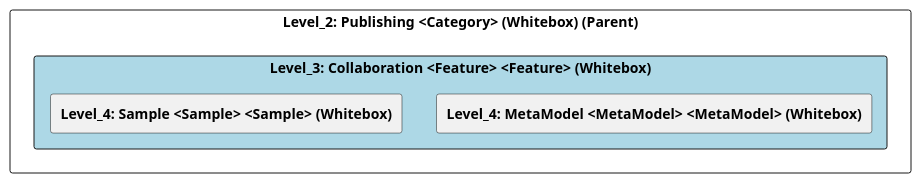
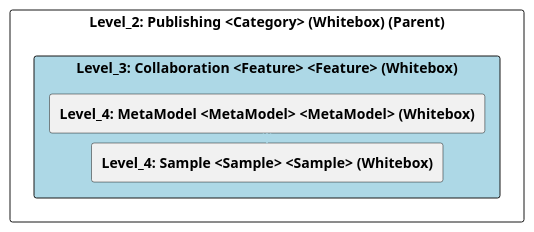
The diagram in doc/cleonproject_deliverables_architecture_model_architecture/adoc/de/05_bausteinsicht/cleon/publishing/collaboration/ebene_3_collaboration.adoc (marcozwyssig/cleon), drawn with PlantUML before and after one commit. The commit also changed other lines of this file and 187 other files, not shown here.

```diff
--- a/doc/cleonproject_deliverables_architecture_model_architecture/adoc/de/05_bausteinsicht/cleon/publishing/collaboration/ebene_3_collaboration.adoc
+++ b/doc/cleonproject_deliverables_architecture_model_architecture/adoc/de/05_bausteinsicht/cleon/publishing/collaboration/ebene_3_collaboration.adoc
@@ -20,25 +20,28 @@
 [plantuml, Level_3: Collaboration <Feature> <Feature> (Whitebox)BlockOverview, format="svg"]
 ----
 @startuml Level_3: Collaboration <Feature> <Feature> (Whitebox)BuildingBlockOverview
 
 skinparam ranksep 10
 skinparam componentStyle rectangle
 skinparam shadowing false
 skinparam arrowColor lightblue
 skinparam arrowThickness 1.2
 skinparam rectangle {
   BackgroundColor White
   BorderColor #333
   RoundCorner 10
 }
 top to bottom direction
 
 component "Level_2: Publishing <Category> (Whitebox) (Parent)" {
     component "Level_3: Collaboration <Feature> <Feature> (Whitebox)" #lightblue {
         [**Level_4: MetaModel <MetaModel> <MetaModel> (Whitebox)**] as 4A56DE41_D579_11EE_903E_9F564E4DE07E
         [**Level_4: Sample <Sample> <Sample> (Whitebox)**] as 4A56DE45_D579_11EE_903E_9F564E4DE07E
     }
+
+    4A56DE41_D579_11EE_903E_9F564E4DE07E -down-> 4A56DE45_D579_11EE_903E_9F564E4DE07E
+    
 }
 
 @enduml
 ----
```
